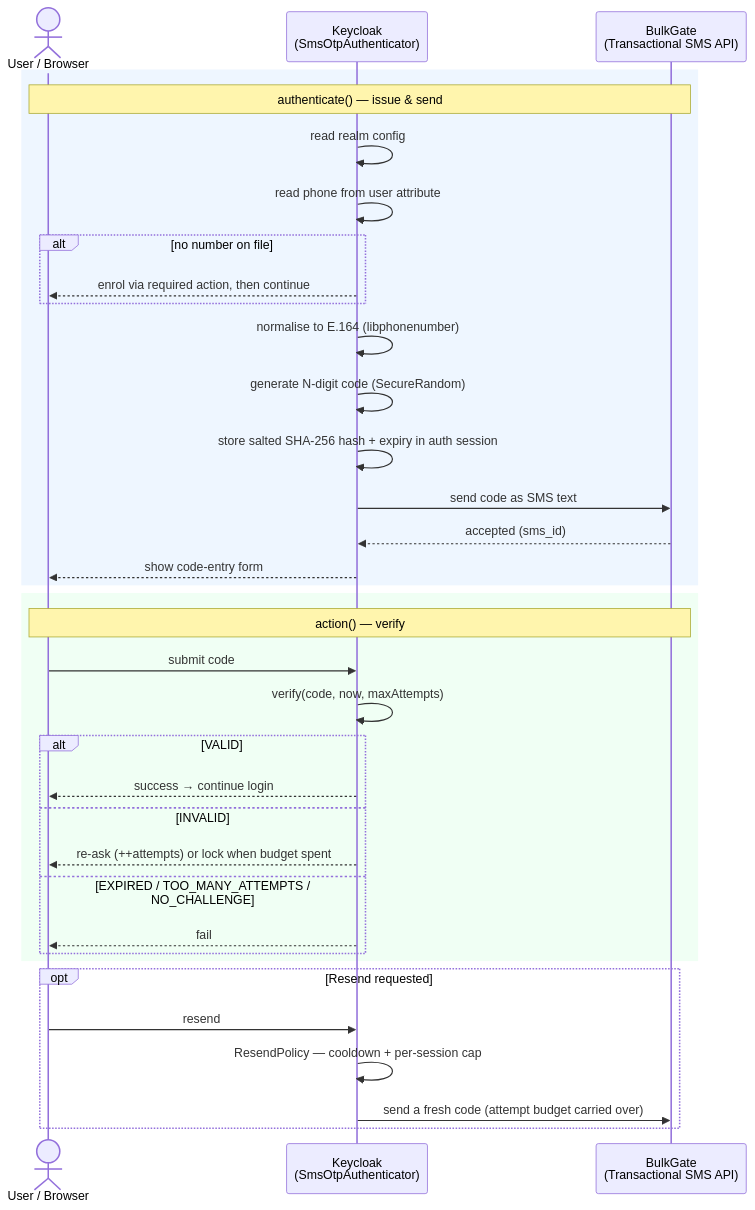
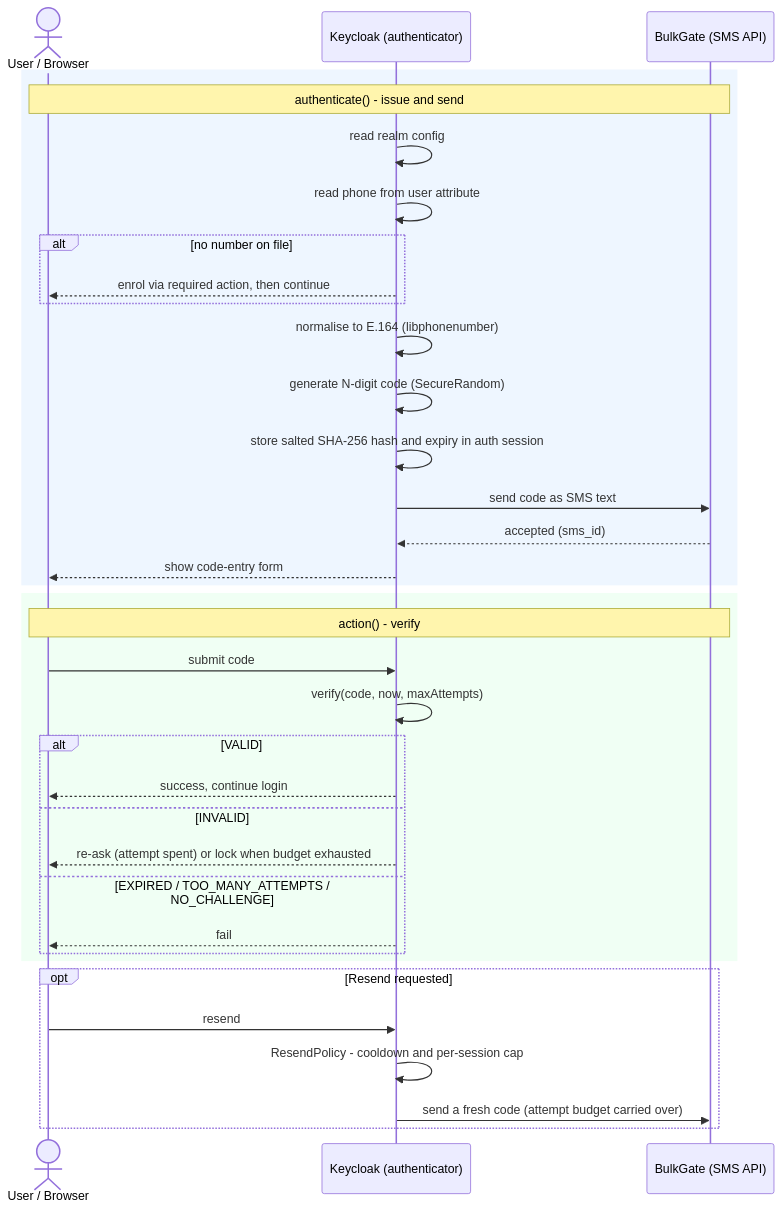
One commit to qcodr/keycloak-sms-provider-bulkgate changed the diagram in README.md. Above: the diagram before and after it, drawn with Mermaid. The commit also changed other lines of this file and 20 other files, not shown here.

First line of the commit message:
feat: localize the SMS body per user locale (+ fix README mermaid)

````diff
--- a/README.md
+++ b/README.md
@@ -24,40 +24,40 @@
 ```mermaid
 sequenceDiagram
     actor U as User / Browser
-    participant KC as Keycloak<br/>(SmsOtpAuthenticator)
-    participant BG as BulkGate<br/>(Transactional SMS API)
+    participant KC as Keycloak (authenticator)
+    participant BG as BulkGate (SMS API)
 
     rect rgb(238, 246, 255)
-    note over U,BG: authenticate() — issue & send
+    note over U,BG: authenticate() - issue and send
     KC->>KC: read realm config
     KC->>KC: read phone from user attribute
     alt no number on file
         KC-->>U: enrol via required action, then continue
     end
     KC->>KC: normalise to E.164 (libphonenumber)
     KC->>KC: generate N-digit code (SecureRandom)
-    KC->>KC: store salted SHA-256 hash + expiry in auth session
+    KC->>KC: store salted SHA-256 hash and expiry in auth session
     KC->>BG: send code as SMS text
     BG-->>KC: accepted (sms_id)
     KC-->>U: show code-entry form
     end
 
     rect rgb(240, 255, 244)
-    note over U,BG: action() — verify
+    note over U,BG: action() - verify
     U->>KC: submit code
     KC->>KC: verify(code, now, maxAttempts)
     alt VALID
-        KC-->>U: success → continue login
+        KC-->>U: success, continue login
     else INVALID
-        KC-->>U: re-ask (++attempts) or lock when budget spent
+        KC-->>U: re-ask (attempt spent) or lock when budget exhausted
     else EXPIRED / TOO_MANY_ATTEMPTS / NO_CHALLENGE
         KC-->>U: fail
     end
     end
 
     opt Resend requested
         U->>KC: resend
-        KC->>KC: ResendPolicy — cooldown + per-session cap
+        KC->>KC: ResendPolicy - cooldown and per-session cap
         KC->>BG: send a fresh code (attempt budget carried over)
     end
 ```
````
